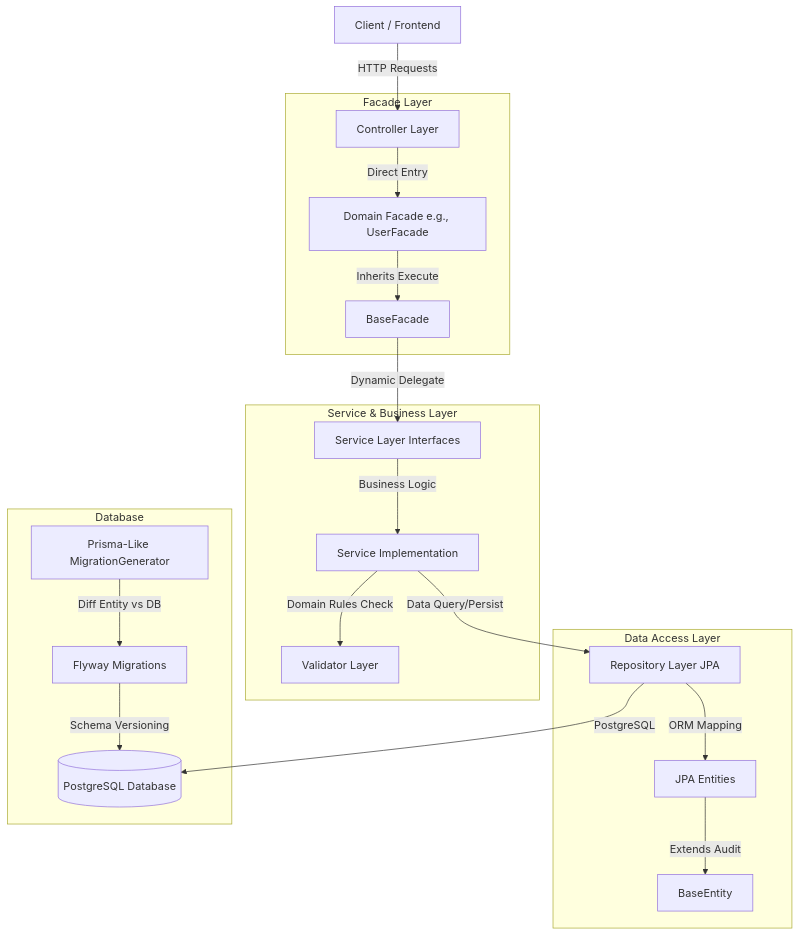
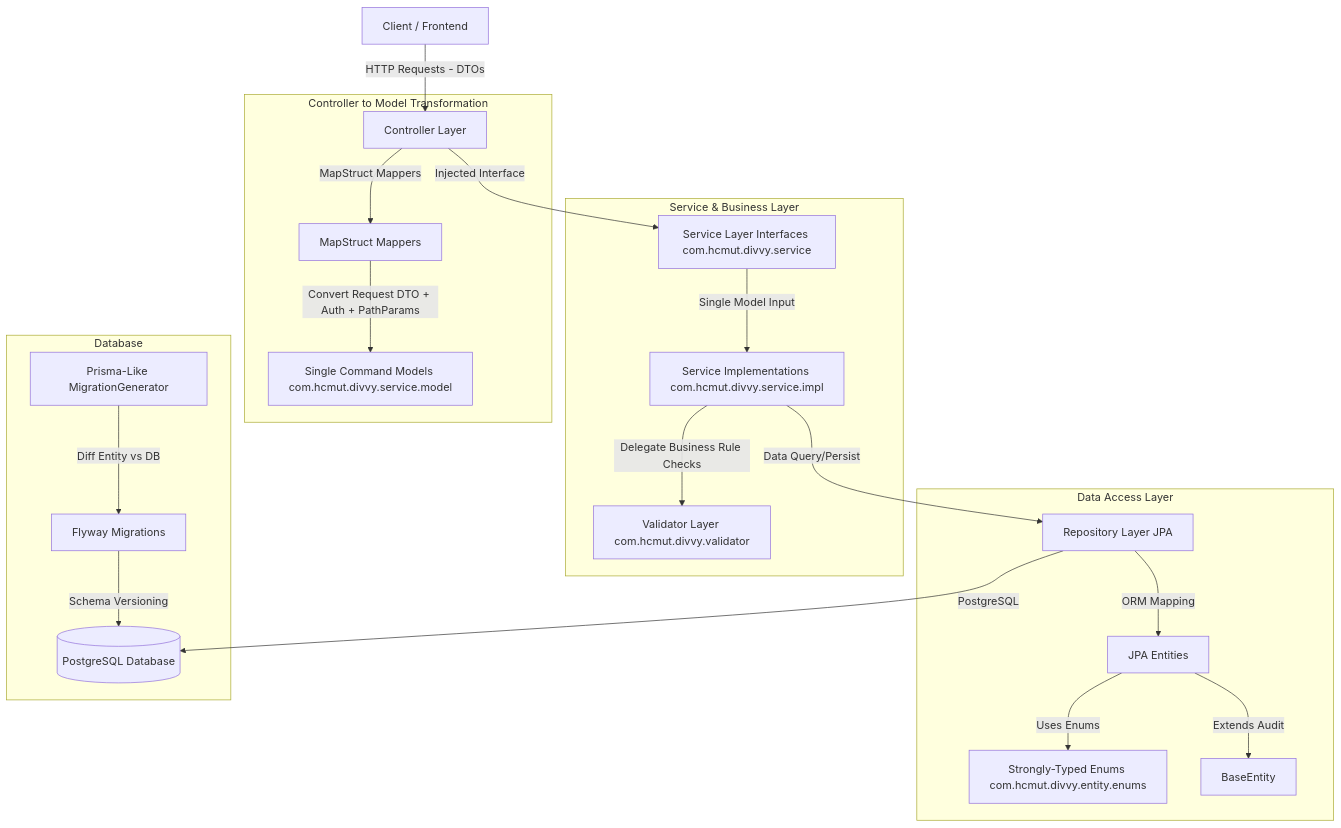
Before and after one commit to Khoi-Nghiep-HK253/backend: the diagram in ARCHITECTURE.md, drawn with Mermaid. The commit also changed other lines of this file and 68 other files, not shown here.

Commit message:
feat: implement core backend modules including user authentication, group management, and member services with DTOs and mappers

````diff
--- a/ARCHITECTURE.md
+++ b/ARCHITECTURE.md
@@ -11,27 +11,28 @@
 ```mermaid
 graph TD
-    Client[Client / Frontend] -->|HTTP Requests| Controllers[Controller Layer]
+    Client[Client / Frontend] -->|HTTP Requests - DTOs| Controllers[Controller Layer]
     
-    subgraph Facade Layer
-        Controllers -->|Direct Entry| DomainFacade[Domain Facade e.g., UserFacade]
-        DomainFacade -->|Inherits Execute| BaseFacade[BaseFacade]
+    subgraph Controller to Model Transformation
+        Controllers -->|MapStruct Mappers| Mappers[MapStruct Mappers]
+        Mappers -->|Convert Request DTO + Auth + PathParams| Models[Single Command Models com.hcmut.divvy.service.model]
     end
-    
+
     subgraph Service & Business Layer
-        BaseFacade -->|Dynamic Delegate| Services[Service Layer Interfaces]
-        Services -->|Business Logic| ServiceImpls[Service Implementation]
-        ServiceImpls -->|Domain Rules Check| Validators[Validator Layer]
+        Controllers -->|Injected Interface| Services[Service Layer Interfaces com.hcmut.divvy.service]
+        Services -->|Single Model Input| ServiceImpls[Service Implementations com.hcmut.divvy.service.impl]
+        ServiceImpls -->|Delegate Business Rule Checks| Validators[Validator Layer com.hcmut.divvy.validator]
     end
     
     subgraph Data Access Layer
         ServiceImpls -->|Data Query/Persist| Repositories[Repository Layer JPA]
         Repositories -->|ORM Mapping| Entities[JPA Entities]
+        Entities -->|Uses Enums| Enums[Strongly-Typed Enums com.hcmut.divvy.entity.enums]
         Entities -->|Extends Audit| BaseEntity[BaseEntity]
     end
 
     subgraph Database
         Repositories -->|PostgreSQL| DB[(PostgreSQL Database)]
         Flyway[Flyway Migrations] -->|Schema Versioning| DB
         MigrationGen[Prisma-Like MigrationGenerator] -->|Diff Entity vs DB| Flyway
     end
 ```
````
